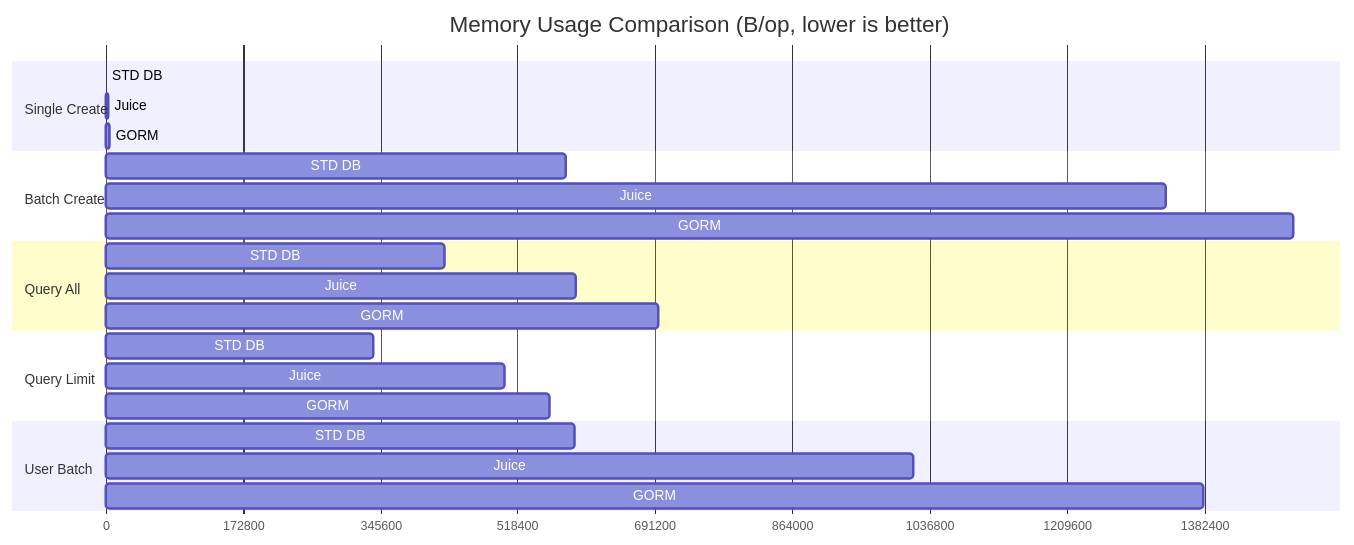
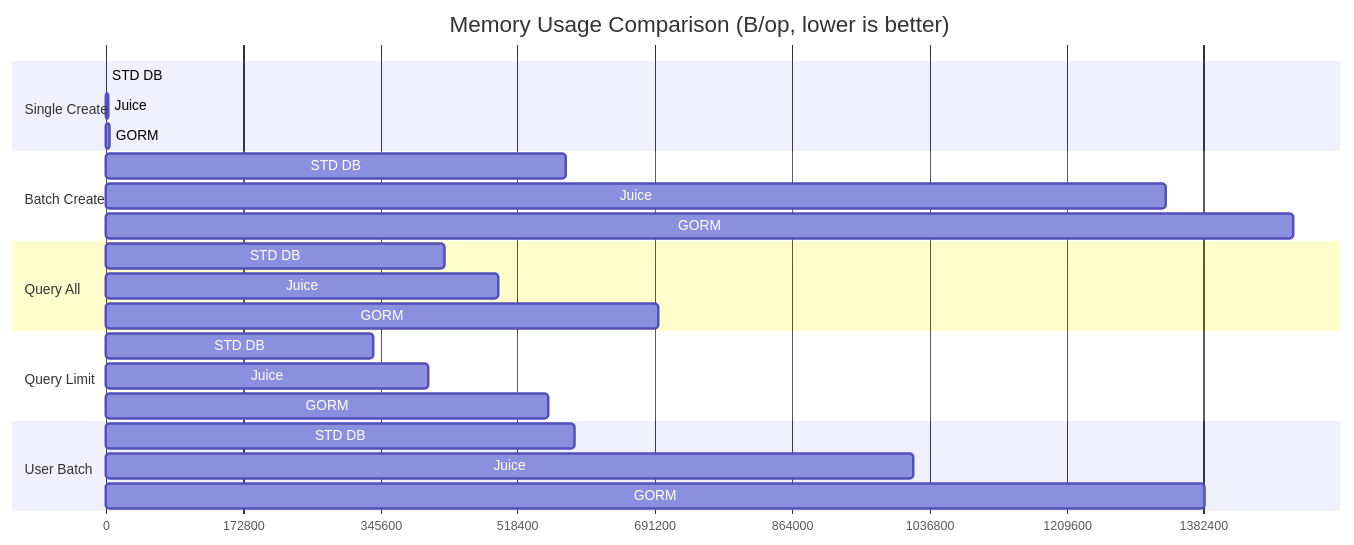
Before and after one commit to go-juicedev/juice-benchmark: the second of 2 diagrams in README.md, drawn with Mermaid. The commit also changed other lines of this file, not shown here.

````diff
--- a/README.md
+++ b/README.md
@@ -43,31 +43,31 @@
 ```mermaid
 gantt
     title Memory Usage Comparison (B/op, lower is better)
     dateFormat X
     axisFormat %s
 
     section Single Create
     STD DB    : 0, 535
-    Juice     : 0, 2937
-    GORM      : 0, 4215
+    Juice     : 0, 2665
+    GORM      : 0, 4376
 
     section Batch Create
-    STD DB    : 0, 578805
-    Juice     : 0, 1334215
-    GORM      : 0, 1494792
+    STD DB    : 0, 578819
+    Juice     : 0, 1334136
+    GORM      : 0, 1494996
 
     section Query All
-    STD DB    : 0, 426618
-    Juice     : 0, 590999
-    GORM      : 0, 695221
+    STD DB    : 0, 426625
+    Juice     : 0, 494717
+    GORM      : 0, 695234
 
     section Query Limit
-    STD DB    : 0, 336534
-    Juice     : 0, 501862
-    GORM      : 0, 557873
+    STD DB    : 0, 336536
+    Juice     : 0, 405715
+    GORM      : 0, 557859
 
     section User Batch
-    STD DB    : 0, 589924
-    Juice     : 0, 1017162
-    GORM      : 0, 1380915
+    STD DB    : 0, 589931
+    Juice     : 0, 1016651
+    GORM      : 0, 1382682
 ```
````
